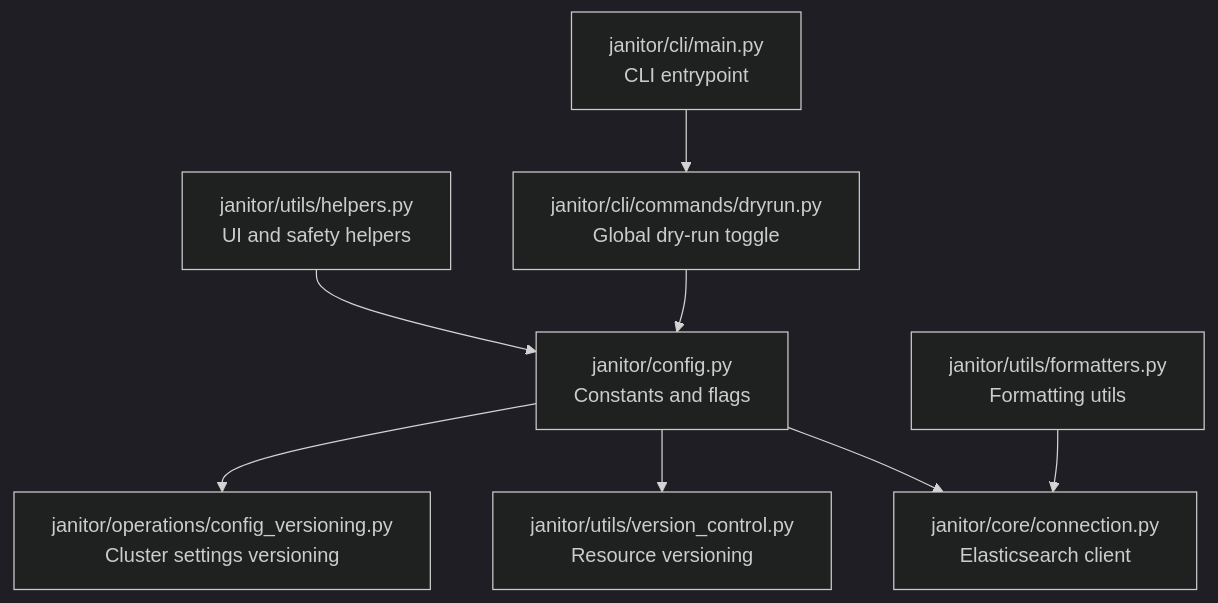
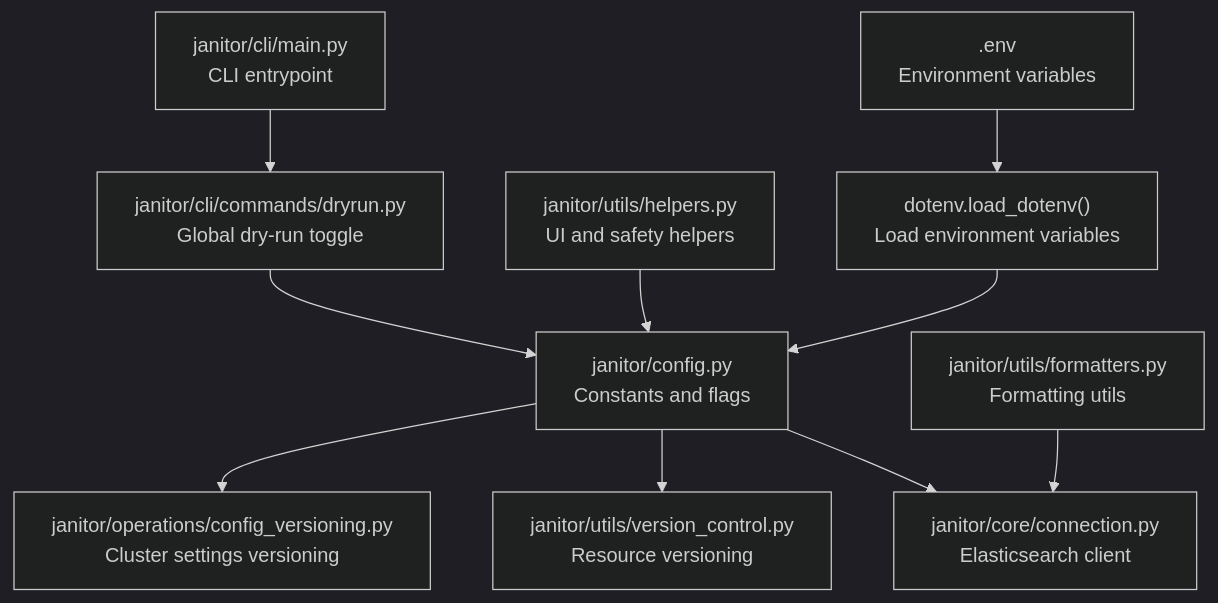
The first of 8 diagrams in .qoder/repowiki/en/content/Configuration and Customization.md (austinsonger/elastic-janitor), drawn with Mermaid (dark theme) before and after one commit. The commit also changed other lines of this file and 51 other files, not shown here.

````diff
--- a/.qoder/repowiki/en/content/Configuration and Customization.md
+++ b/.qoder/repowiki/en/content/Configuration and Customization.md
@@ -39,10 +48,12 @@
 ```mermaid
 graph TB
-Config["janitor/config.py<br/>Constants and flags"] --> Conn["janitor/core/connection.py<br/>Elasticsearch client"]
+DotEnv[".env<br/>Environment variables"] --> Loader["dotenv.load_dotenv()<br/>Load environment variables"]
+Loader --> Config["janitor/config.py<br/>Constants and flags"]
+Config --> Conn["janitor/core/connection.py<br/>Elasticsearch client"]
 Config --> VC["janitor/utils/version_control.py<br/>Resource versioning"]
 Config --> CV["janitor/operations/config_versioning.py<br/>Cluster settings versioning"]
 Helpers["janitor/utils/helpers.py<br/>UI and safety helpers"] --> Config
 Formatters["janitor/utils/formatters.py<br/>Formatting utils"] --> Conn
 DryrunCLI["janitor/cli/commands/dryrun.py<br/>Global dry-run toggle"] --> Config
 MainCLI["janitor/cli/main.py<br/>CLI entrypoint"] --> DryrunCLI
 ```
````
